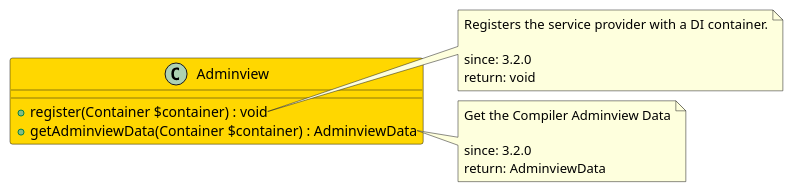
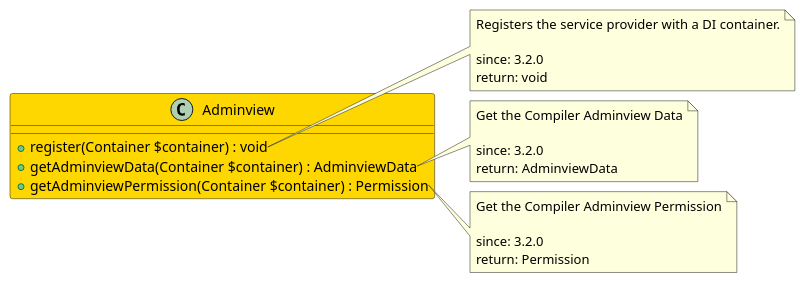
Before and after one commit to joomengine/jcb-compiler: the diagram in src/2dd1289a-4000-43cc-8c62-77ff32de56bf/README.md, drawn with PlantUML. The commit also changed 725 other files, not shown here.

````diff
--- a/src/2dd1289a-4000-43cc-8c62-77ff32de56bf/README.md
+++ b/src/2dd1289a-4000-43cc-8c62-77ff32de56bf/README.md
@@ -11,23 +11,31 @@
 ```uml
 @startuml
 class Adminview  #Gold {
   + register(Container $container) : void
   + getAdminviewData(Container $container) : AdminviewData
+  + getAdminviewPermission(Container $container) : Permission
 }
 
 note right of Adminview::register
   Registers the service provider with a DI container.
 
   since: 3.2.0
   return: void
 end note
 
 note right of Adminview::getAdminviewData
   Get the Compiler Adminview Data
 
   since: 3.2.0
   return: AdminviewData
 end note
+
+note right of Adminview::getAdminviewPermission
+  Get the Compiler Adminview Permission
+
+  since: 3.2.0
+  return: Permission
+end note
  
 @enduml
 ```
````
